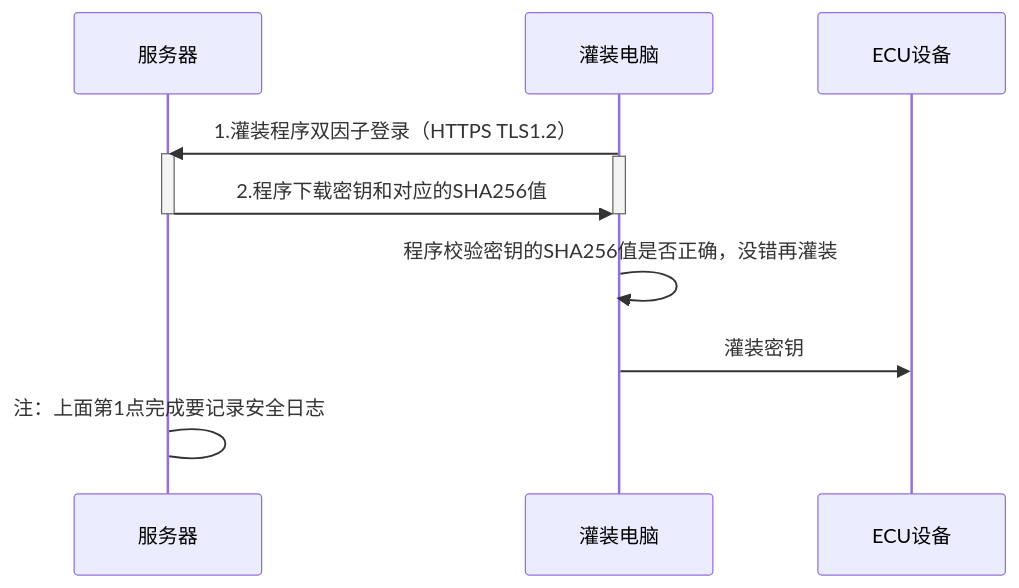
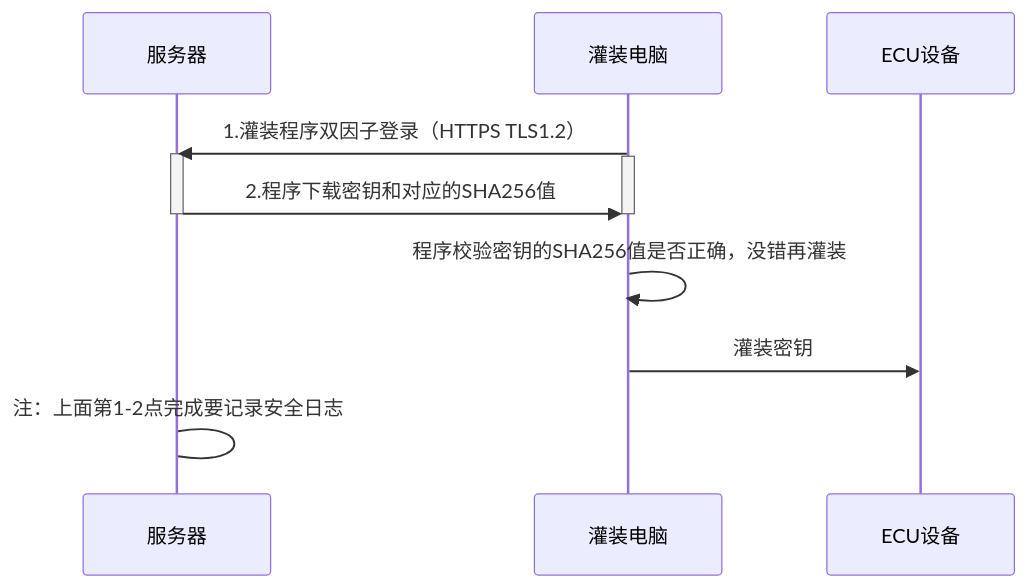
Before and after one commit to facebook-cloud/iodraw-files: the diagram in all/未命名-23.md, drawn with Mermaid.

Commit message:
2026-04-15 17:13:37 update

````diff
--- a/all/未命名-23.md
+++ b/all/未命名-23.md
@@ -1,21 +1,21 @@
 ```mermaid
 sequenceDiagram
   
     participant B as 服务器
     participant D as 灌装电脑
     participant E as ECU设备
 
     D->>B: 1.灌装程序双因子登录（HTTPS TLS1.2）
     activate B
     activate D
 
     B->>D: 2.程序下载密钥和对应的SHA256值
 
     deactivate B
     deactivate D
     
     D->>D:程序校验密钥的SHA256值是否正确，没错再灌装
     D->>E: 灌装密钥
 
-    B->B: 注：上面第1点完成要记录安全日志
+    B->B: 注：上面第1-2点完成要记录安全日志
 ```
````
